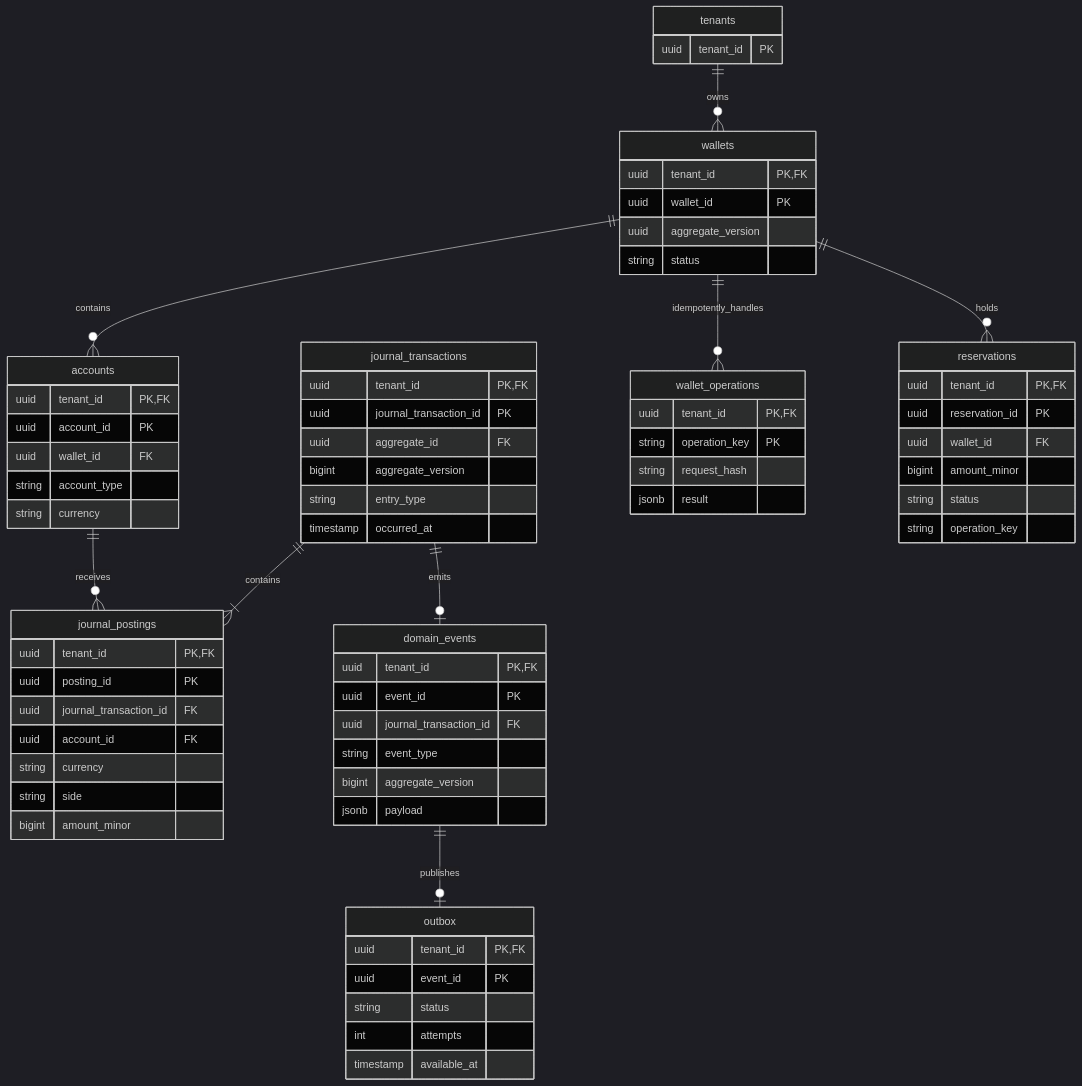
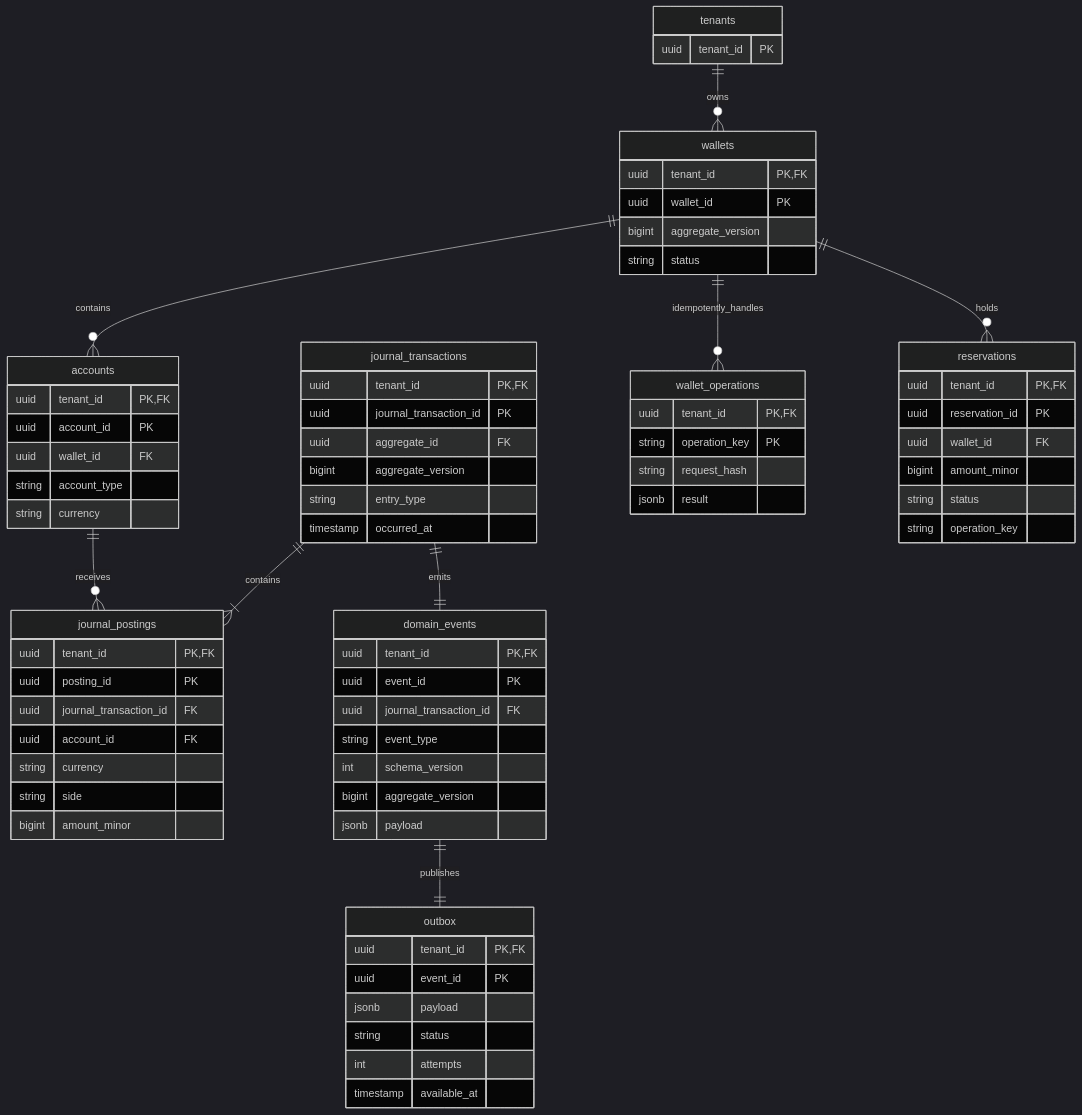
One commit to prajexec/Wallet changed the first of 3 diagrams in docs/data-model.md. Above: the diagram before and after it, drawn with Mermaid (dark theme). The commit also changed other lines of this file and 7 other files, not shown here.

````diff
--- a/docs/data-model.md
+++ b/docs/data-model.md
@@ -7,74 +7,76 @@
 ```mermaid
 erDiagram
     tenants ||--o{ wallets : owns
     wallets ||--o{ accounts : contains
     accounts ||--o{ journal_postings : receives
     journal_transactions ||--|{ journal_postings : contains
     wallets ||--o{ wallet_operations : idempotently_handles
-    journal_transactions ||--o| domain_events : emits
-    domain_events ||--o| outbox : publishes
+    journal_transactions ||--|| domain_events : emits
+    domain_events ||--|| outbox : publishes
     wallets ||--o{ reservations : holds
 
     tenants {
         uuid tenant_id PK
     }
     wallets {
         uuid tenant_id PK,FK
         uuid wallet_id PK
-        uuid aggregate_version
+        bigint aggregate_version
         string status
     }
     accounts {
         uuid tenant_id PK,FK
         uuid account_id PK
         uuid wallet_id FK
         string account_type
         string currency
     }
     journal_transactions {
         uuid tenant_id PK,FK
         uuid journal_transaction_id PK
         uuid aggregate_id FK
         bigint aggregate_version
         string entry_type
         timestamp occurred_at
     }
     journal_postings {
         uuid tenant_id PK,FK
         uuid posting_id PK
         uuid journal_transaction_id FK
         uuid account_id FK
         string currency
         string side
         bigint amount_minor
     }
     domain_events {
         uuid tenant_id PK,FK
         uuid event_id PK
         uuid journal_transaction_id FK
         string event_type
+        int schema_version
         bigint aggregate_version
         jsonb payload
     }
     outbox {
         uuid tenant_id PK,FK
         uuid event_id PK
+        jsonb payload
         string status
         int attempts
         timestamp available_at
     }
     wallet_operations {
         uuid tenant_id PK,FK
         string operation_key PK
         string request_hash
         jsonb result
     }
     reservations {
         uuid tenant_id PK,FK
         uuid reservation_id PK
         uuid wallet_id FK
         bigint amount_minor
         string status
         string operation_key
     }
 ```
````
